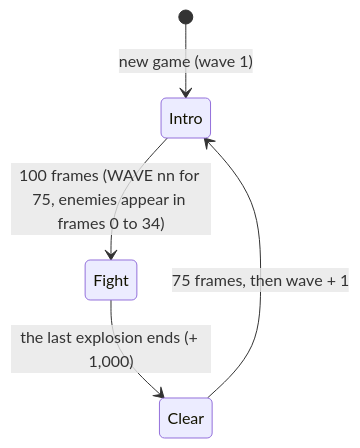
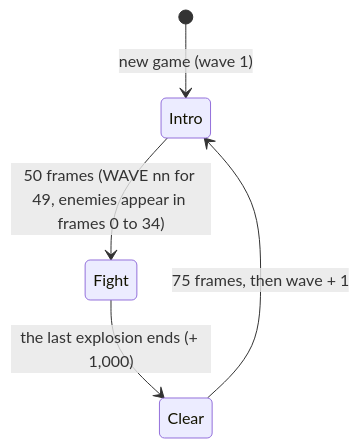
One commit to s474/vs64_software_house changed the third of 3 diagrams in docs/games/swarm/design.md. Above: the diagram before and after it, drawn with Mermaid. The commit also changed other lines of this file and 4 other files, not shown here.

````diff
--- a/docs/games/swarm/design.md
+++ b/docs/games/swarm/design.md
@@ -636,7 +655,7 @@
 ```mermaid
 stateDiagram-v2
     [*] --> Intro: new game (wave 1)
-    Intro --> Fight: 100 frames (WAVE nn for 75, enemies appear in frames 0 to 34)
+    Intro --> Fight: 50 frames (WAVE nn for 49, enemies appear in frames 0 to 34)
     Fight --> Clear: the last explosion ends (+ 1,000)
     Clear --> Intro: 75 frames, then wave + 1
 ```
````
